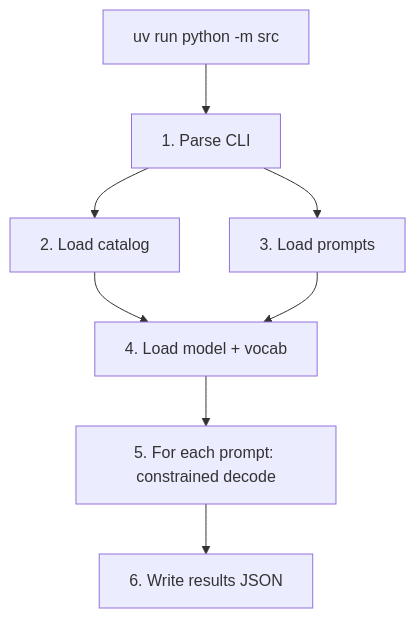
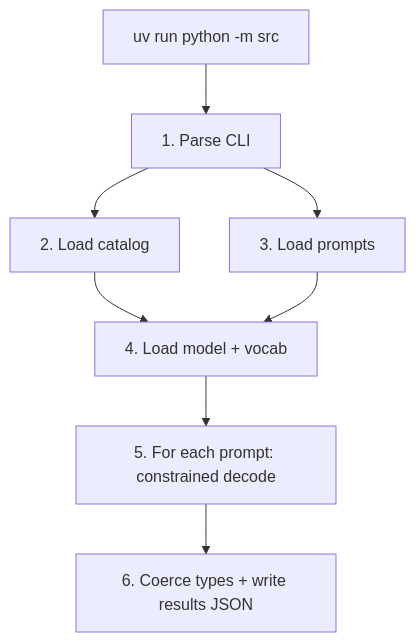
The first of 11 diagrams in workflow.md (fathe4wiin/Call-Me-Maybe), drawn with Mermaid before and after one commit. The commit also changed other lines of this file and 4 other files, not shown here.

````diff
--- a/workflow.md
+++ b/workflow.md
@@ -8,10 +8,10 @@
 ```mermaid
 flowchart TD
     A["uv run python -m src"] --> B["1. Parse CLI"]
     B --> C["2. Load catalog"]
     B --> D["3. Load prompts"]
     C --> E["4. Load model + vocab"]
     D --> E
     E --> F["5. For each prompt: constrained decode"]
-    F --> G["6. Write results JSON"]
+    F --> G["6. Coerce types + write results JSON"]
 ```
````
